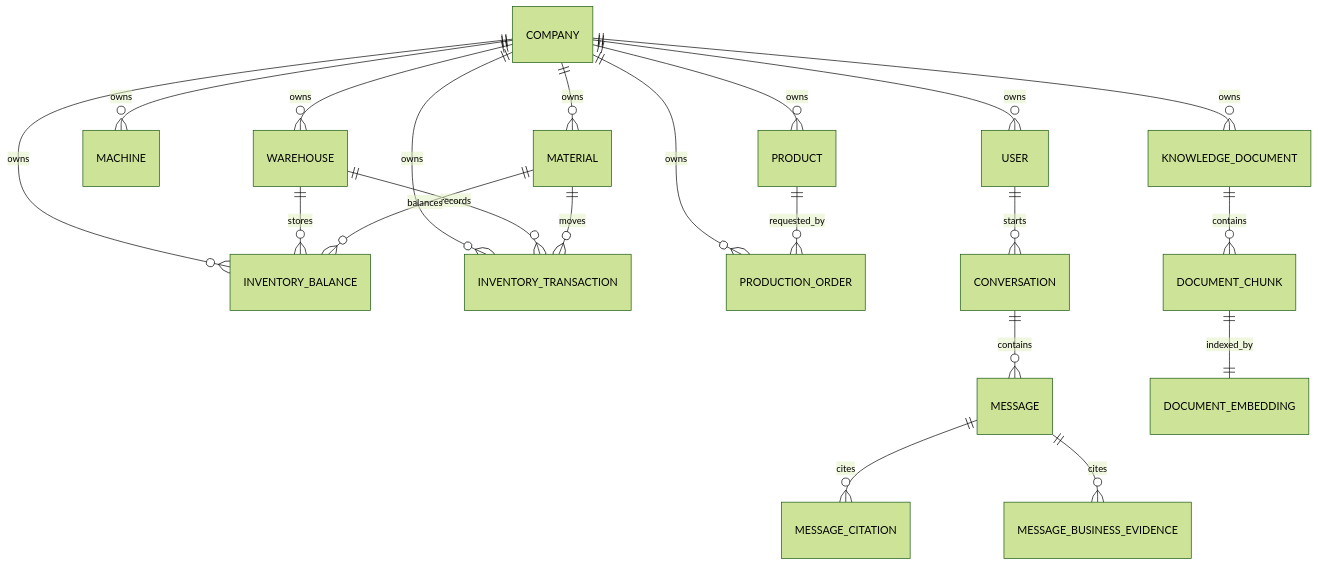
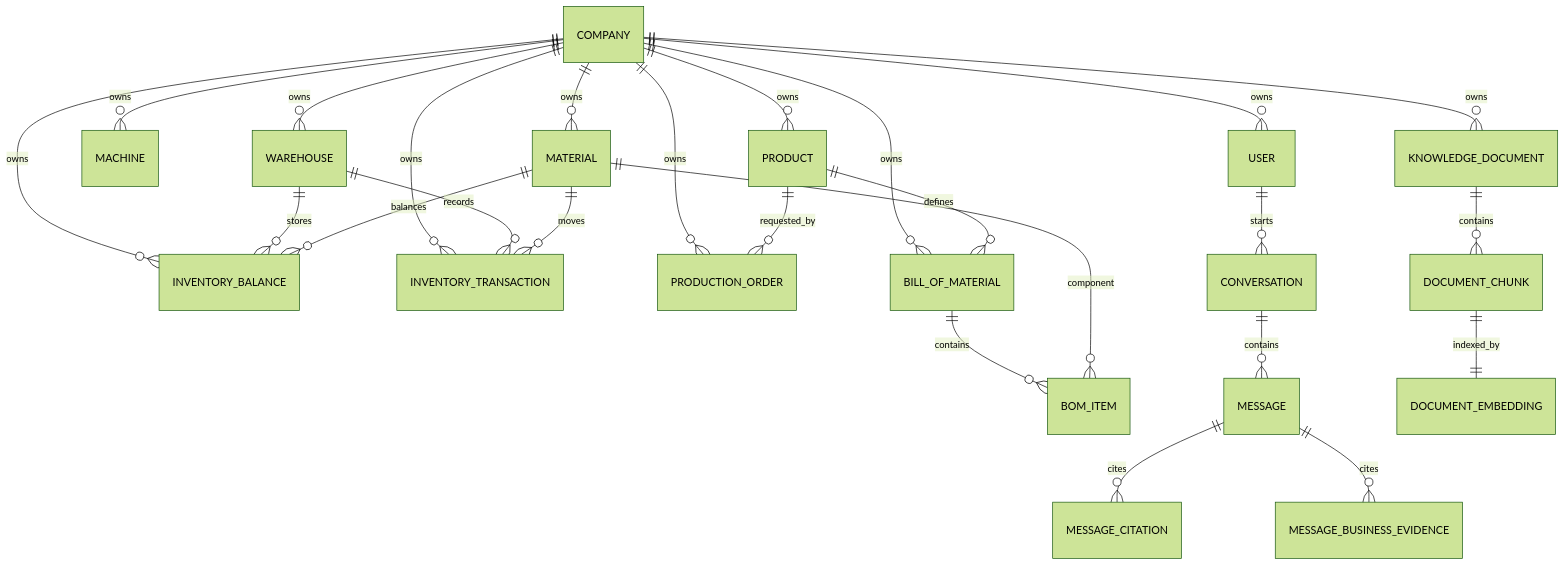
Before and after one commit to johnvo402/factory-mind: the fifth of 5 diagrams in README.md, drawn with Mermaid (forest theme). The commit also changed other lines of this file and 67 other files, not shown here.

Commit message:
feat: add BOM and material requirements planning

````diff
--- a/README.md
+++ b/README.md
@@ -254,23 +255,27 @@
 ```mermaid
 erDiagram
     COMPANY ||--o{ USER : owns
     COMPANY ||--o{ MACHINE : owns
     COMPANY ||--o{ MATERIAL : owns
     COMPANY ||--o{ PRODUCT : owns
     COMPANY ||--o{ WAREHOUSE : owns
     COMPANY ||--o{ INVENTORY_BALANCE : owns
     COMPANY ||--o{ INVENTORY_TRANSACTION : owns
     COMPANY ||--o{ PRODUCTION_ORDER : owns
+    COMPANY ||--o{ BILL_OF_MATERIAL : owns
     WAREHOUSE ||--o{ INVENTORY_BALANCE : stores
     WAREHOUSE ||--o{ INVENTORY_TRANSACTION : records
     MATERIAL ||--o{ INVENTORY_BALANCE : balances
     MATERIAL ||--o{ INVENTORY_TRANSACTION : moves
     PRODUCT ||--o{ PRODUCTION_ORDER : requested_by
+    PRODUCT ||--o{ BILL_OF_MATERIAL : defines
+    BILL_OF_MATERIAL ||--o{ BOM_ITEM : contains
+    MATERIAL ||--o{ BOM_ITEM : component
     USER ||--o{ CONVERSATION : starts
     CONVERSATION ||--o{ MESSAGE : contains
     MESSAGE ||--o{ MESSAGE_CITATION : cites
     MESSAGE ||--o{ MESSAGE_BUSINESS_EVIDENCE : cites
     COMPANY ||--o{ KNOWLEDGE_DOCUMENT : owns
     KNOWLEDGE_DOCUMENT ||--o{ DOCUMENT_CHUNK : contains
     DOCUMENT_CHUNK ||--|| DOCUMENT_EMBEDDING : indexed_by
 ```
````
